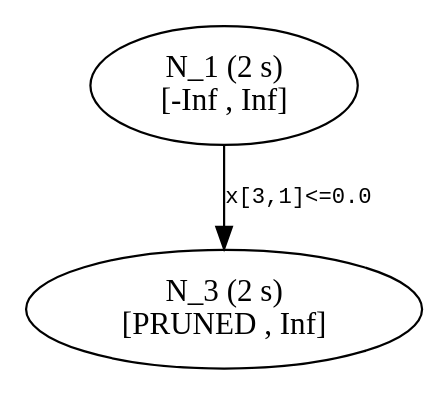
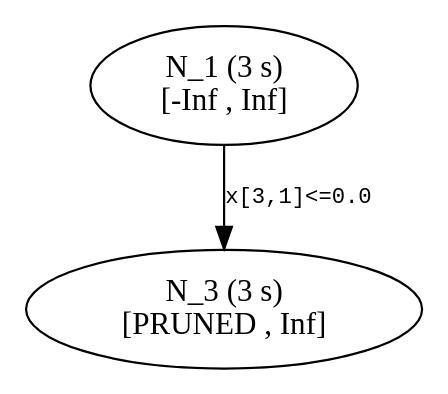
One commit to atoptima/Coluna.jl changed the diagram in dev/start/tree2.dot. Above: the diagram before and after it, drawn with Graphviz. The commit also changed 24 other files, not shown here.

```diff
--- a/dev/start/tree2.dot
+++ b/dev/start/tree2.dot
@@ -1,8 +1,8 @@
 ## dot -Tpdf thisfile > thisfile.pdf 
 
 digraph Branching_Tree {
 	edge[fontname = "Courier", fontsize = 10];
-	n1 [label= "N_1 (2 s) \n[-Inf , Inf]"];
-	n3 [label= "N_3 (2 s) \n[PRUNED , Inf]"];
+	n1 [label= "N_1 (3 s) \n[-Inf , Inf]"];
+	n3 [label= "N_3 (3 s) \n[PRUNED , Inf]"];
 	n1 -> n3 [label= "x[3,1]<=0.0"];
 }
```
